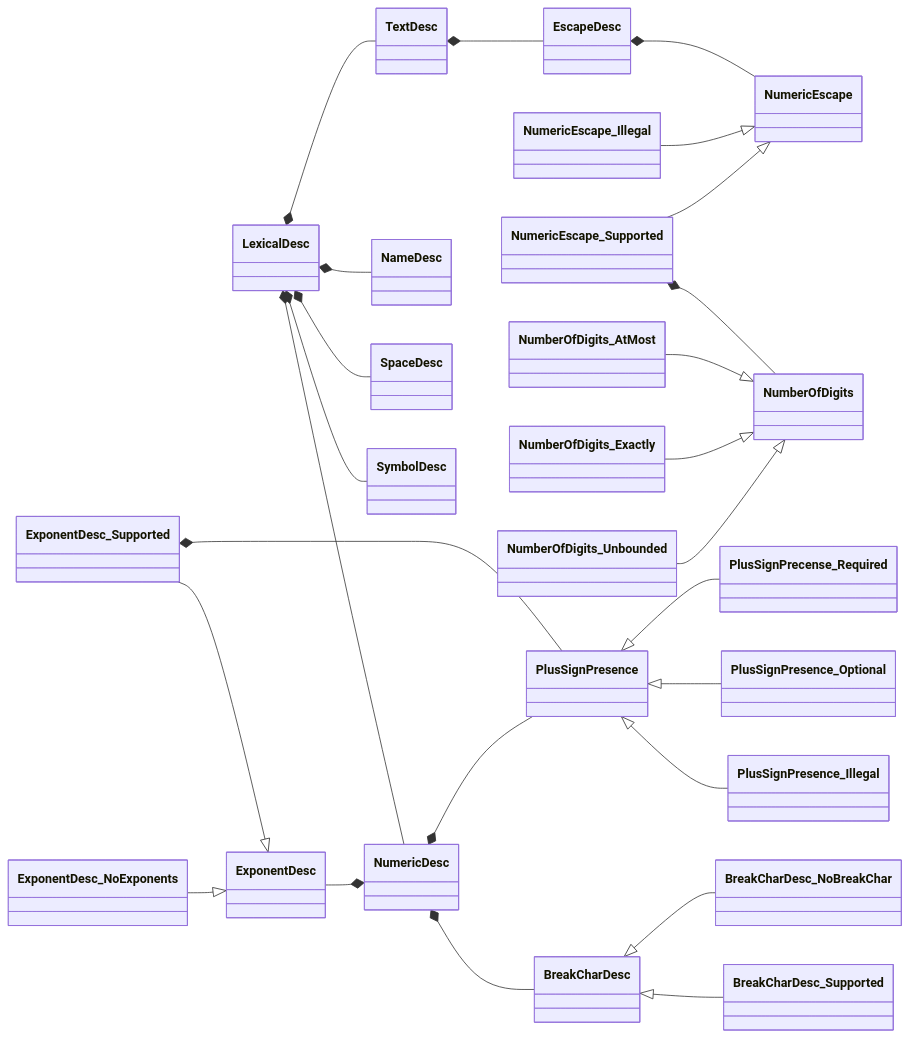
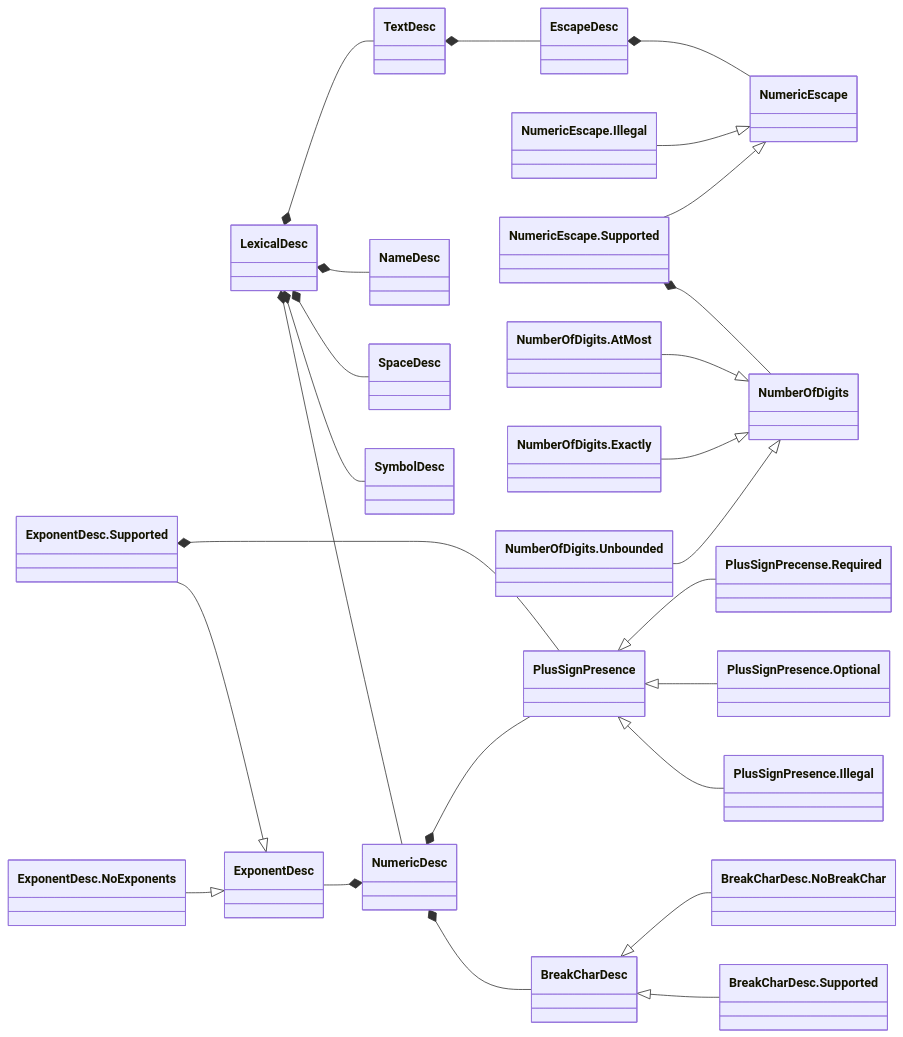
Before and after one commit to j-mie6/parsley: the diagram in docs/api-guide/token/descriptions.md, drawn with Mermaid. The commit also changed other lines of this file, not shown here.

Commit message:
doc: mermaid diagrams now properly use .

````diff
--- a/docs/api-guide/token/descriptions.md
+++ b/docs/api-guide/token/descriptions.md
@@ -26,33 +26,33 @@
 ```mermaid
 classDiagram
 direction LR
 
 LexicalDesc *-- NumericDesc
 LexicalDesc *-- NameDesc
 LexicalDesc *-- SpaceDesc
 LexicalDesc *-- SymbolDesc
 LexicalDesc *-- TextDesc
 
 TextDesc *-- EscapeDesc
 EscapeDesc *-- NumericEscape
-NumericEscape_Illegal --|> NumericEscape
-NumericEscape_Supported --|> NumericEscape
-NumericEscape_Supported *-- NumberOfDigits
-NumberOfDigits_AtMost --|> NumberOfDigits
-NumberOfDigits_Exactly --|> NumberOfDigits
-NumberOfDigits_Unbounded --|> NumberOfDigits
+`NumericEscape.Illegal` --|> NumericEscape
+`NumericEscape.Supported` --|> NumericEscape
+`NumericEscape.Supported` *-- NumberOfDigits
+`NumberOfDigits.AtMost` --|> NumberOfDigits
+`NumberOfDigits.Exactly` --|> NumberOfDigits
+`NumberOfDigits.Unbounded` --|> NumberOfDigits
 
 ExponentDesc --* NumericDesc
-ExponentDesc_Supported --|> ExponentDesc
-ExponentDesc_NoExponents --|> ExponentDesc
+`ExponentDesc.Supported` --|> ExponentDesc
+`ExponentDesc.NoExponents` --|> ExponentDesc
 NumericDesc *-- BreakCharDesc
-ExponentDesc_Supported *-- PlusSignPresence
+`ExponentDesc.Supported` *-- PlusSignPresence
 
-BreakCharDesc <|-- BreakCharDesc_Supported
-BreakCharDesc <|-- BreakCharDesc_NoBreakChar
+BreakCharDesc <|-- `BreakCharDesc.Supported`
+BreakCharDesc <|-- `BreakCharDesc.NoBreakChar`
 
-PlusSignPresence <|-- PlusSignPresence_Illegal
-PlusSignPresence <|-- PlusSignPresence_Optional
-PlusSignPresence <|-- PlusSignPrecense_Required
+PlusSignPresence <|-- `PlusSignPresence.Illegal`
+PlusSignPresence <|-- `PlusSignPresence.Optional`
+PlusSignPresence <|-- `PlusSignPrecense.Required`
 NumericDesc *-- PlusSignPresence
 ```
````
